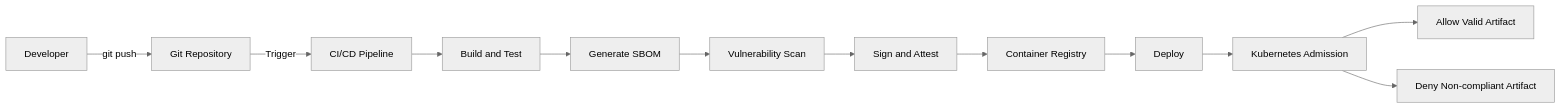
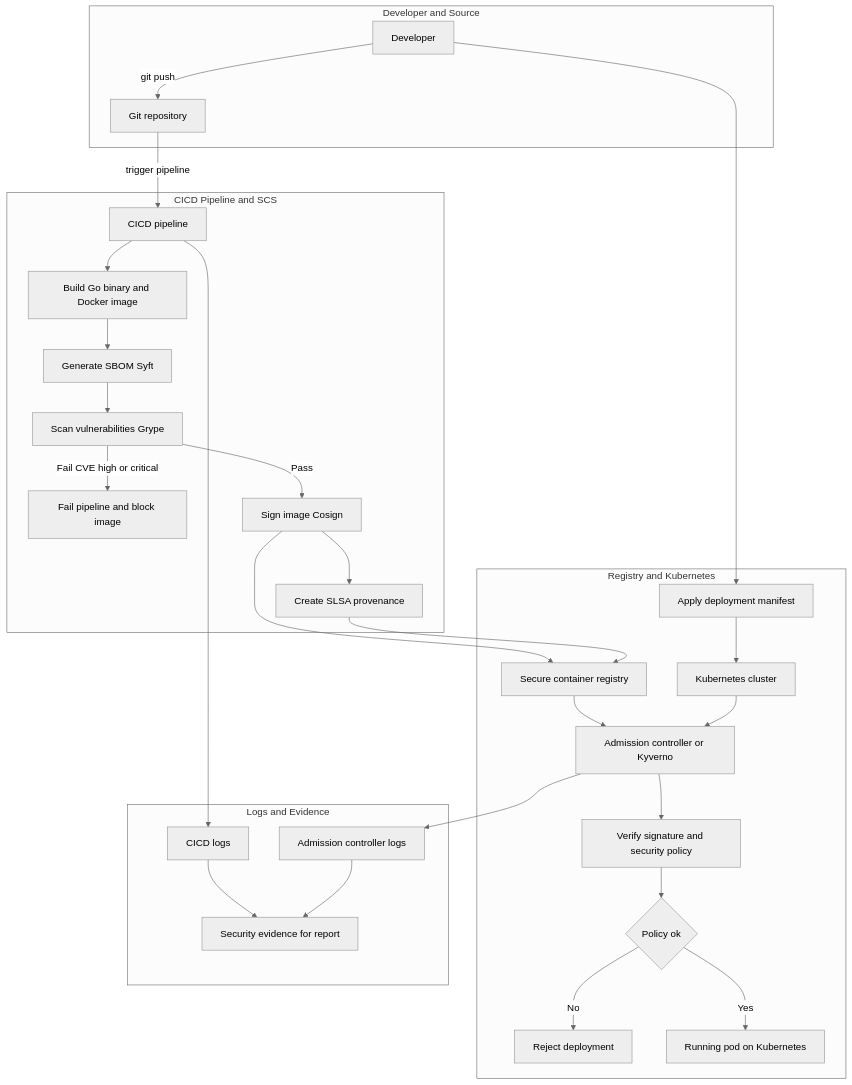
One commit to sinhnguyen1411/design-and-implementation-of-automated-supply-chain-security-for-go-microservices-on-kubernetes changed the diagram in README.md. Above: the diagram before and after it, drawn with Mermaid (neutral theme).

Commit message:
docs: sync README architecture diagram with HTML design

````diff
--- a/README.md
+++ b/README.md
@@ -12,14 +12,52 @@
 ```mermaid
-flowchart LR
-  Dev["Developer"] -->|"git push"| Repo["Git Repository"]
-  Repo -->|"Trigger"| CI["CI/CD Pipeline"]
-  CI --> Build["Build and Test"]
-  Build --> SBOM["Generate SBOM"]
-  SBOM --> Scan["Vulnerability Scan"]
-  Scan --> Sign["Sign and Attest"]
-  Sign --> Registry["Container Registry"]
-  Registry --> Deploy["Deploy"]
-  Deploy --> Admit["Kubernetes Admission"]
-  Admit --> Allow["Allow Valid Artifact"]
-  Admit --> Deny["Deny Non-compliant Artifact"]
+flowchart TD
+  subgraph DevLayer["Developer and Source"]
+    Dev["Developer"]
+    Repo["Git repository"]
+    Dev -->|"git push"| Repo
+  end
+
+  subgraph CILayer["CICD Pipeline and SCS"]
+    CI["CICD pipeline"]
+    Build["Build Go binary and Docker image"]
+    SBOM["Generate SBOM Syft"]
+    Scan["Scan vulnerabilities Grype"]
+    FailBuild["Fail pipeline and block image"]
+    Sign["Sign image Cosign"]
+    Attest["Create SLSA provenance"]
+  end
+
+  Repo -->|"trigger pipeline"| CI
+  CI --> Build --> SBOM --> Scan
+  Scan -->|"Fail CVE high or critical"| FailBuild
+  Scan -->|"Pass"| Sign --> Attest
+
+  subgraph DeployLayer["Registry and Kubernetes"]
+    Registry["Secure container registry"]
+    Deploy["Apply deployment manifest"]
+    K8s["Kubernetes cluster"]
+    AC["Admission controller or Kyverno"]
+    Verify["Verify signature and security policy"]
+    Decision{"Policy ok"}
+    Reject["Reject deployment"]
+    Pod["Running pod on Kubernetes"]
+  end
+
+  Sign --> Registry
+  Attest --> Registry
+  Dev --> Deploy --> K8s
+  Registry --> AC
+  K8s --> AC
+  AC --> Verify --> Decision
+  Decision -->|"No"| Reject
+  Decision -->|"Yes"| Pod
+
+  subgraph LogLayer["Logs and Evidence"]
+    LogsCI["CICD logs"]
+    LogsAC["Admission controller logs"]
+    Evidence["Security evidence for report"]
+  end
+
+  CI --> LogsCI --> Evidence
+  AC --> LogsAC --> Evidence
 ```
````
